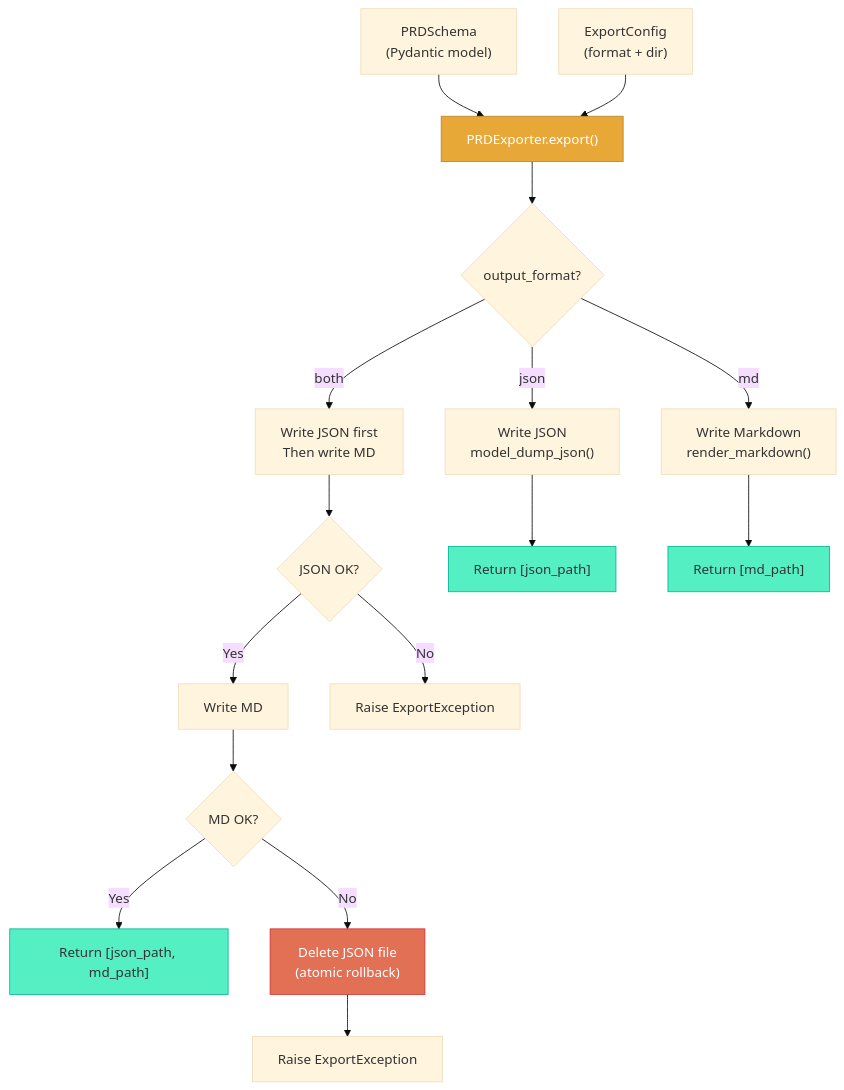
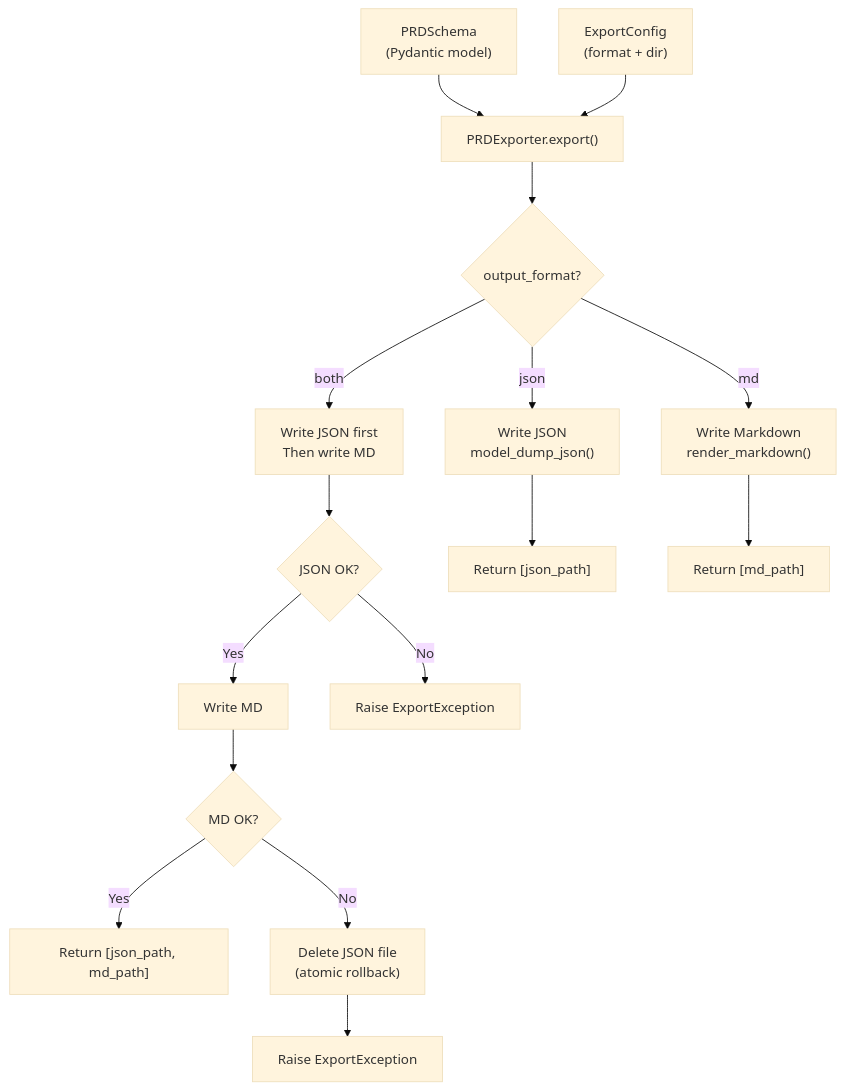
Before and after one commit to darthlinuxer/dialectic-crew-ai: the first of 3 diagrams in docs/export.md, drawn with Mermaid (base theme). The commit also changed other lines of this file and 20 other files, not shown here.

````diff
--- a/docs/export.md
+++ b/docs/export.md
@@ -11,27 +11,21 @@
 ```mermaid
 flowchart TD
     PRD["PRDSchema<br/>(Pydantic model)"] --> EXPORTER["PRDExporter.export()"]
     CONFIG["ExportConfig<br/>(format + dir)"] --> EXPORTER
 
     EXPORTER --> FMT{"output_format?"}
     FMT -->|"json"| JSON_W["Write JSON<br/>model_dump_json()"]
     FMT -->|"md"| MD_W["Write Markdown<br/>render_markdown()"]
     FMT -->|"both"| BOTH["Write JSON first<br/>Then write MD"]
 
     BOTH --> JSON_OK{JSON OK?}
     JSON_OK -->|Yes| MD_TRY["Write MD"]
     JSON_OK -->|No| RAISE1["Raise ExportException"]
     MD_TRY --> MD_OK{MD OK?}
     MD_OK -->|Yes| DONE["Return [json_path, md_path]"]
     MD_OK -->|No| ROLLBACK["Delete JSON file<br/>(atomic rollback)"]
     ROLLBACK --> RAISE2["Raise ExportException"]
 
     JSON_W --> DONE2["Return [json_path]"]
     MD_W --> DONE3["Return [md_path]"]
-
-    style EXPORTER fill:#E8A838,stroke:#B8862D,color:#fff
-    style ROLLBACK fill:#E17055,stroke:#D63031,color:#fff
-    style DONE fill:#55EFC4,stroke:#00B894,color:#333
-    style DONE2 fill:#55EFC4,stroke:#00B894,color:#333
-    style DONE3 fill:#55EFC4,stroke:#00B894,color:#333
 ```
````
